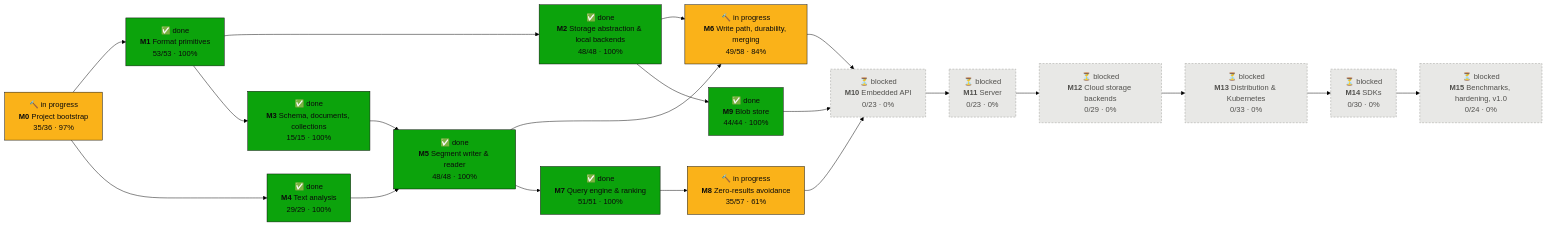
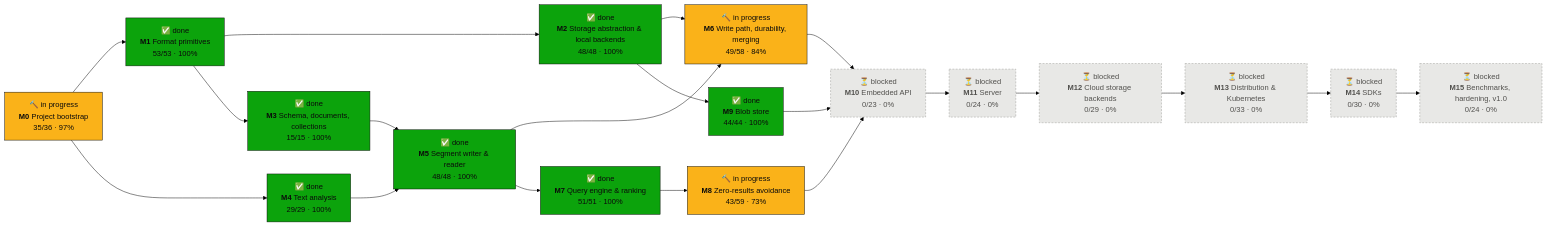
One commit to tomiok/persiaDB changed the first of 2 diagrams in PROGRESS.md. Above: the diagram before and after it, drawn with Mermaid (forest theme). The commit also changed other lines of this file and 3 other files, not shown here.

````diff
--- a/PROGRESS.md
+++ b/PROGRESS.md
@@ -16,42 +16,42 @@
 ```mermaid
 flowchart LR
   M0["🔨 in progress<br/><b>M0</b> Project bootstrap<br/>35/36 · 97%"]:::doing
   M1["✅ done<br/><b>M1</b> Format primitives<br/>53/53 · 100%"]:::done
   M2["✅ done<br/><b>M2</b> Storage abstraction & local backends<br/>48/48 · 100%"]:::done
   M3["✅ done<br/><b>M3</b> Schema, documents, collections<br/>15/15 · 100%"]:::done
   M4["✅ done<br/><b>M4</b> Text analysis<br/>29/29 · 100%"]:::done
   M5["✅ done<br/><b>M5</b> Segment writer & reader<br/>48/48 · 100%"]:::done
   M6["🔨 in progress<br/><b>M6</b> Write path, durability, merging<br/>49/58 · 84%"]:::doing
   M7["✅ done<br/><b>M7</b> Query engine & ranking<br/>51/51 · 100%"]:::done
-  M8["🔨 in progress<br/><b>M8</b> Zero-results avoidance<br/>35/57 · 61%"]:::doing
+  M8["🔨 in progress<br/><b>M8</b> Zero-results avoidance<br/>43/59 · 73%"]:::doing
   M9["✅ done<br/><b>M9</b> Blob store<br/>44/44 · 100%"]:::done
   M10["⏳ blocked<br/><b>M10</b> Embedded API<br/>0/23 · 0%"]:::blocked
-  M11["⏳ blocked<br/><b>M11</b> Server<br/>0/23 · 0%"]:::blocked
+  M11["⏳ blocked<br/><b>M11</b> Server<br/>0/24 · 0%"]:::blocked
   M12["⏳ blocked<br/><b>M12</b> Cloud storage backends<br/>0/29 · 0%"]:::blocked
   M13["⏳ blocked<br/><b>M13</b> Distribution & Kubernetes<br/>0/33 · 0%"]:::blocked
   M14["⏳ blocked<br/><b>M14</b> SDKs<br/>0/30 · 0%"]:::blocked
   M15["⏳ blocked<br/><b>M15</b> Benchmarks, hardening, v1.0<br/>0/24 · 0%"]:::blocked
   M0 --> M1
   M1 --> M2
   M1 --> M3
   M0 --> M4
   M3 --> M5
   M4 --> M5
   M2 --> M6
   M5 --> M6
   M5 --> M7
   M7 --> M8
   M2 --> M9
   M6 --> M10
   M8 --> M10
   M9 --> M10
   M10 --> M11
   M11 --> M12
   M12 --> M13
   M13 --> M14
   M14 --> M15
   classDef done fill:#0ca30c,stroke:#0b0b0b,color:#0b0b0b
   classDef doing fill:#fab219,stroke:#0b0b0b,color:#0b0b0b
   classDef ready fill:#fcfcfb,stroke:#0b0b0b,stroke-width:2px,color:#0b0b0b
   classDef blocked fill:#e8e8e6,stroke:#9a9a96,stroke-dasharray:4 3,color:#52514e
 ```
````
